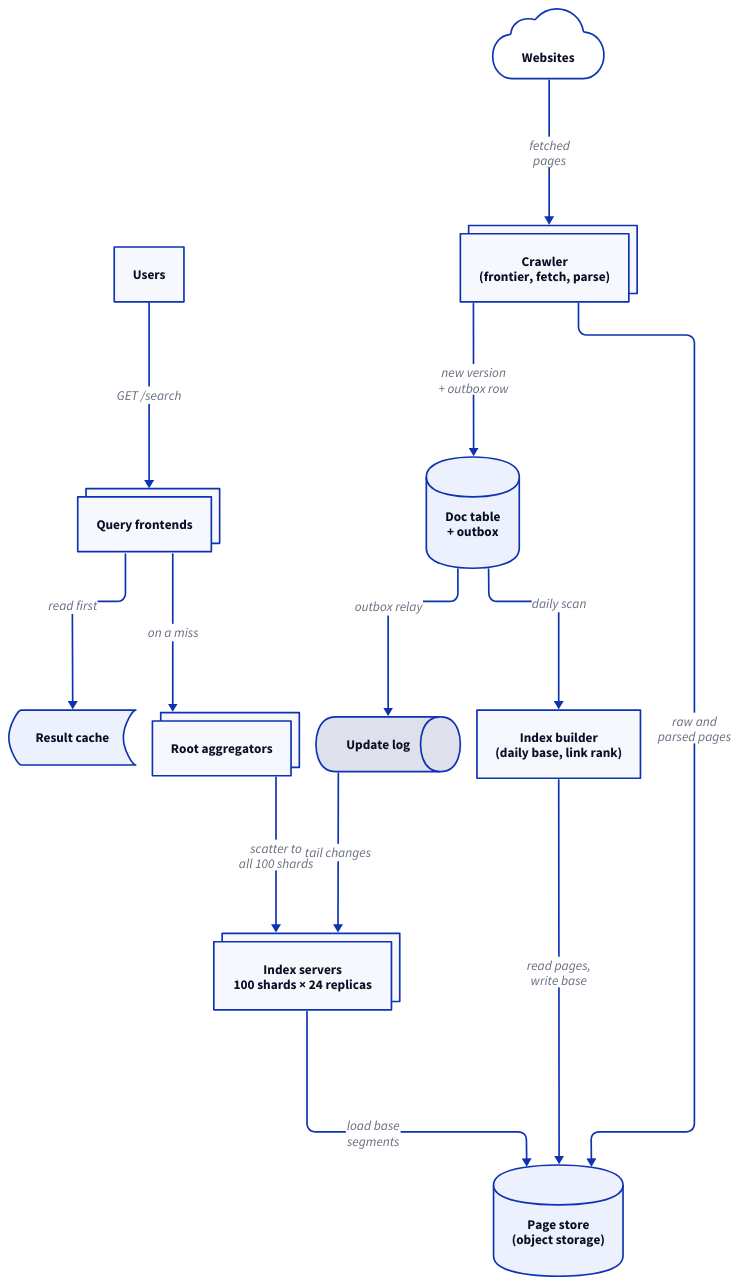
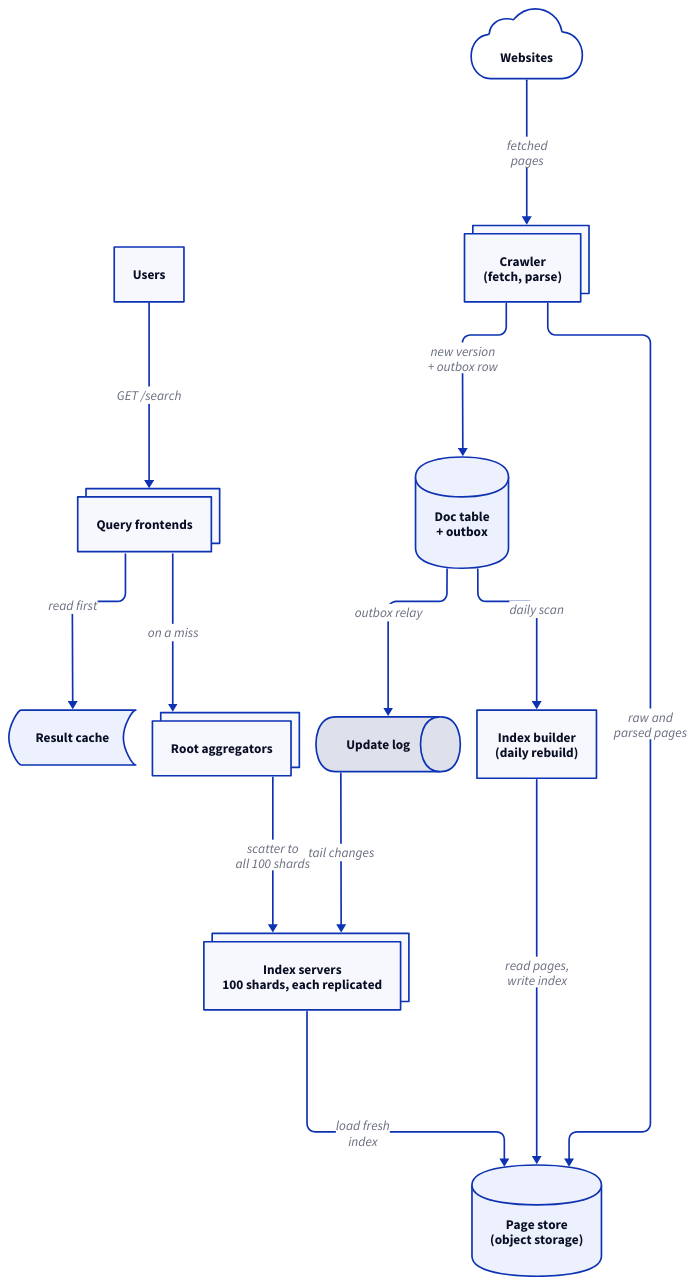
Before and after one commit to enbattle/til: the diagram in src/system-design/diagrams/search-engine/architecture.d2, drawn with D2. The commit also changed 23 other files, not shown here.

```diff
--- a/src/system-design/diagrams/search-engine/architecture.d2
+++ b/src/system-design/diagrams/search-engine/architecture.d2
@@ -1,55 +1,55 @@
 # High-level architecture of the search engine. The query path (top): a
 # frontend checks a result cache, then a root aggregator scatters the query to
 # every index shard. The ingest path (bottom): the crawler fetches pages,
 # stores them, and records each change with an outbox row; a relay publishes
 # changes to the update log that index servers tail, and a daily index build
-# writes new base segments that index servers load.
+# rebuilds the index that index servers load.
 vars: {
   d2-config: {
     layout-engine: elk
   }
 }
 direction: down
 
 users: Users
 frontend: Query frontends {
   style.multiple: true
 }
 cache: Result cache {
   shape: stored_data
 }
 agg: Root aggregators {
   style.multiple: true
 }
-shards: "Index servers\n100 shards × 24 replicas" {
+shards: "Index servers\n100 shards, each replicated" {
   style.multiple: true
 }
 log: Update log {
   shape: queue
 }
-builder: "Index builder\n(daily base, link rank)"
+builder: "Index builder\n(daily rebuild)"
 docs: "Doc table\n+ outbox" {
   shape: cylinder
 }
 blobs: "Page store\n(object storage)" {
   shape: cylinder
 }
-crawler: "Crawler\n(frontier, fetch, parse)" {
+crawler: "Crawler\n(fetch, parse)" {
   style.multiple: true
 }
 web: Websites {
   shape: cloud
 }
 
 users -> frontend: "GET /search"
 frontend -> cache: "read first"
 frontend -> agg: "on a miss"
 agg -> shards: "scatter to\nall 100 shards"
 log -> shards: "tail changes"
-shards -> blobs: "load base\nsegments"
+shards -> blobs: "load fresh\nindex"
 docs -> log: "outbox relay"
 docs -> builder: "daily scan"
-builder -> blobs: "read pages,\nwrite base"
+builder -> blobs: "read pages,\nwrite index"
 crawler -> docs: "new version\n+ outbox row"
 crawler -> blobs: "raw and\nparsed pages"
 web -> crawler: "fetched\npages"
```
